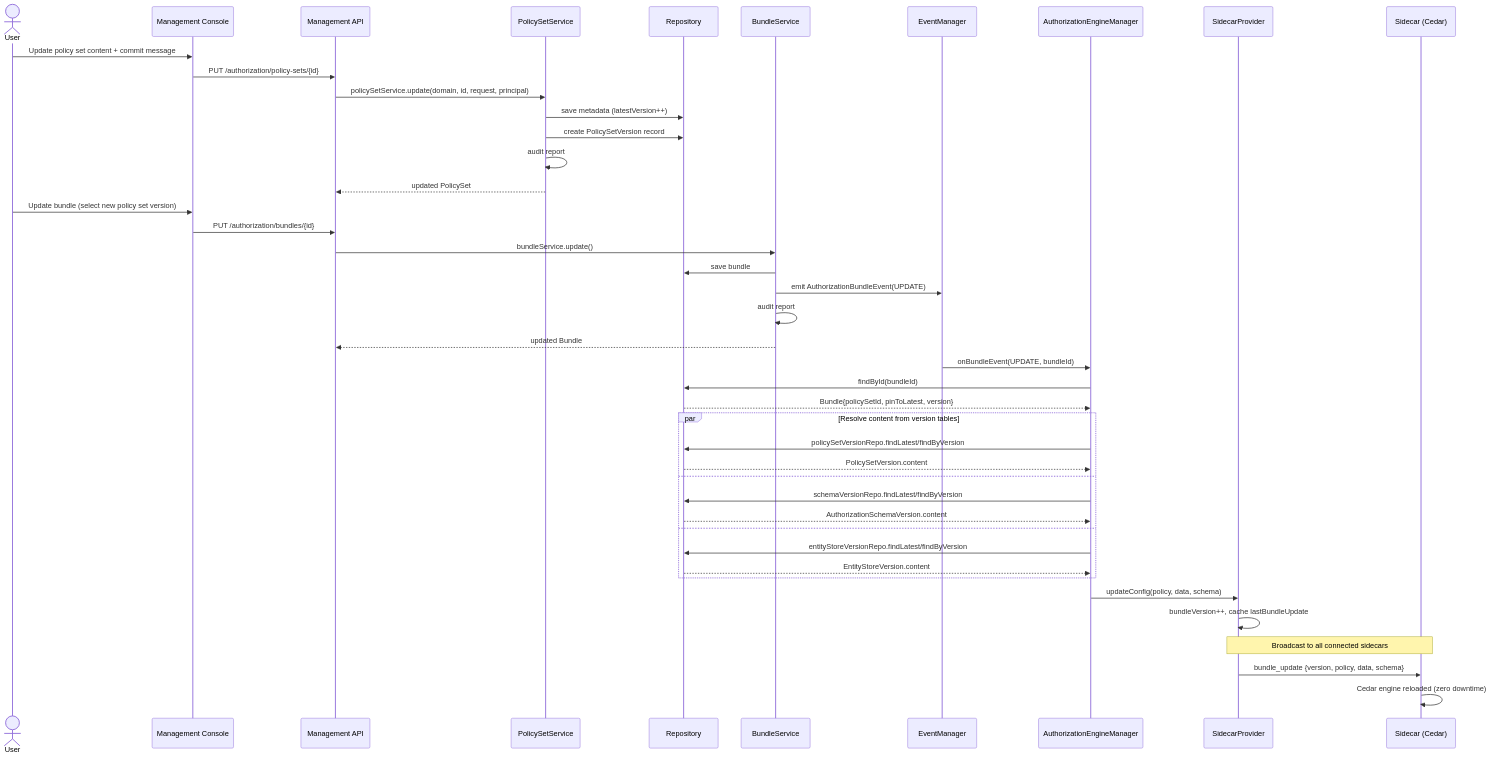
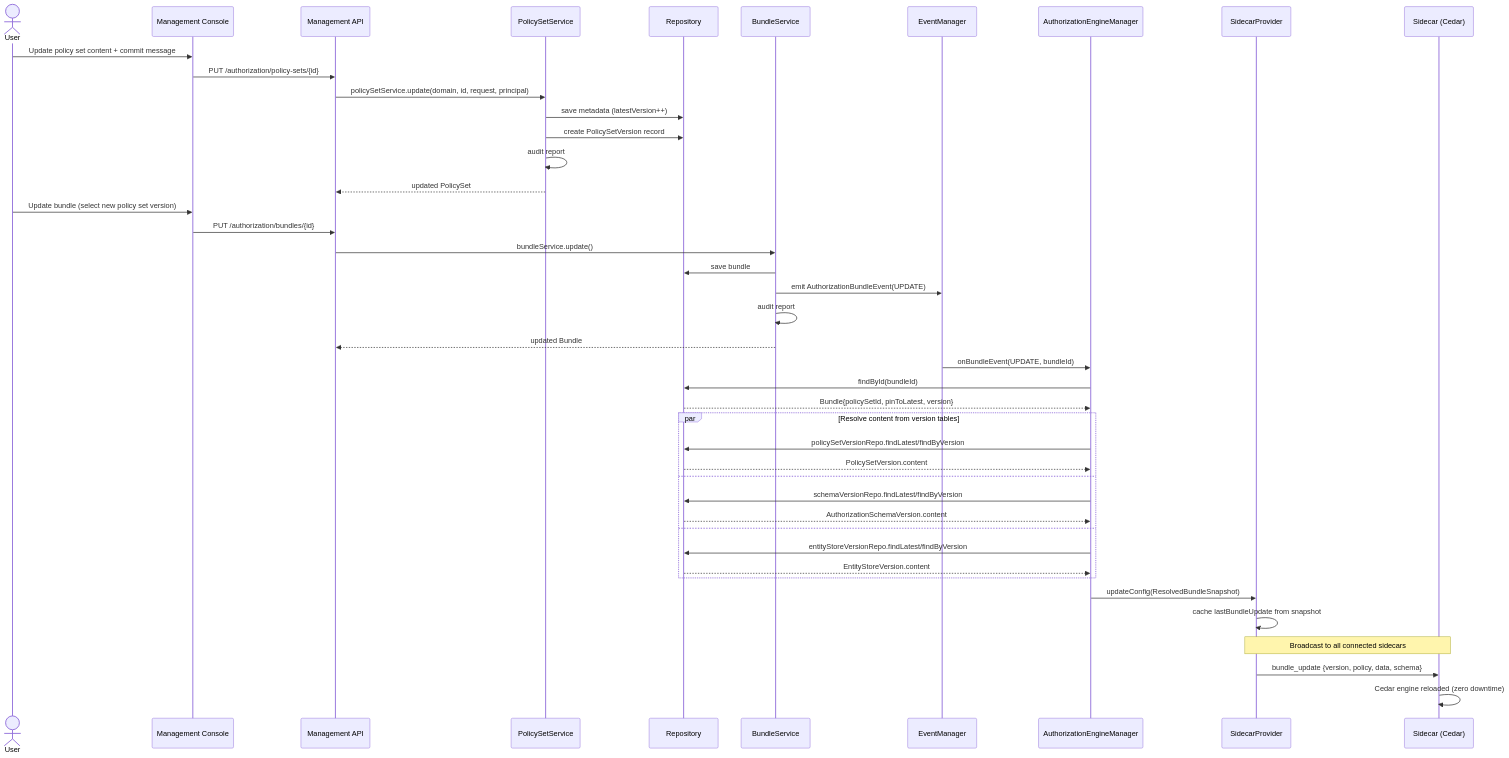
One commit to gravitee-io/gravitee-access-management changed the fourth of 9 diagrams in docs/authorization-architecture-ws.md. Above: the diagram before and after it, drawn with Mermaid. The commit also changed other lines of this file and 3 other files, not shown here.

````diff
--- a/docs/authorization-architecture-ws.md
+++ b/docs/authorization-architecture-ws.md
@@ -334,51 +223,51 @@
 ```mermaid
 sequenceDiagram
     actor User
     participant UI as Management Console
     participant API as Management API
     participant SVC as PolicySetService
     participant DB as Repository
     participant BSVC as BundleService
     participant EVT as EventManager
     participant GW as AuthorizationEngineManager
     participant PROV as SidecarProvider
     participant SC as Sidecar (Cedar)
 
     User->>UI: Update policy set content + commit message
     UI->>API: PUT /authorization/policy-sets/{id}
     API->>SVC: policySetService.update(domain, id, request, principal)
     SVC->>DB: save metadata (latestVersion++)
     SVC->>DB: create PolicySetVersion record
     SVC->>SVC: audit report
     SVC-->>API: updated PolicySet
 
     User->>UI: Update bundle (select new policy set version)
     UI->>API: PUT /authorization/bundles/{id}
     API->>BSVC: bundleService.update()
     BSVC->>DB: save bundle
     BSVC->>EVT: emit AuthorizationBundleEvent(UPDATE)
     BSVC->>BSVC: audit report
     BSVC-->>API: updated Bundle
 
     EVT->>GW: onBundleEvent(UPDATE, bundleId)
     GW->>DB: findById(bundleId)
     DB-->>GW: Bundle{policySetId, pinToLatest, version}
 
     par Resolve content from version tables
         GW->>DB: policySetVersionRepo.findLatest/findByVersion
         DB-->>GW: PolicySetVersion.content
     and
         GW->>DB: schemaVersionRepo.findLatest/findByVersion
         DB-->>GW: AuthorizationSchemaVersion.content
     and
         GW->>DB: entityStoreVersionRepo.findLatest/findByVersion
         DB-->>GW: EntityStoreVersion.content
     end
 
-    GW->>PROV: updateConfig(policy, data, schema)
-    PROV->>PROV: bundleVersion++, cache lastBundleUpdate
+    GW->>PROV: updateConfig(ResolvedBundleSnapshot)
+    PROV->>PROV: cache lastBundleUpdate from snapshot
 
     Note over PROV,SC: Broadcast to all connected sidecars
     PROV->>SC: bundle_update {version, policy, data, schema}
     SC->>SC: Cedar engine reloaded (zero downtime)
 ```
````
